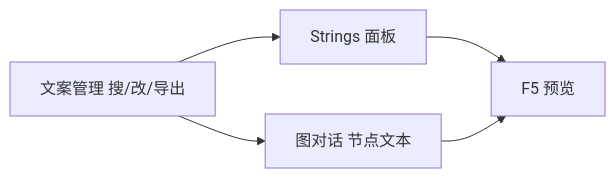
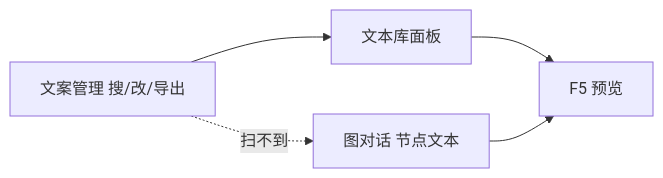
The second of 2 diagrams in docs/editors/narrative-domain/copy-manager.md (wubugui/GDoc), drawn with Mermaid before and after one commit. The commit also changed other lines of this file and 112 other files, not shown here.

````diff
--- a/docs/editors/narrative-domain/copy-manager.md
+++ b/docs/editors/narrative-domain/copy-manager.md
@@ -77,10 +111,10 @@
 ```mermaid
 flowchart LR
   CM[文案管理 搜/改/导出]
-  STR[Strings 面板]
+  STR[文本库面板]
   DG[图对话 节点文本]
   CM --> STR
-  CM --> DG
+  CM -.->|扫不到| DG
   STR --> PV[F5 预览]
   DG --> PV
 ```
````
